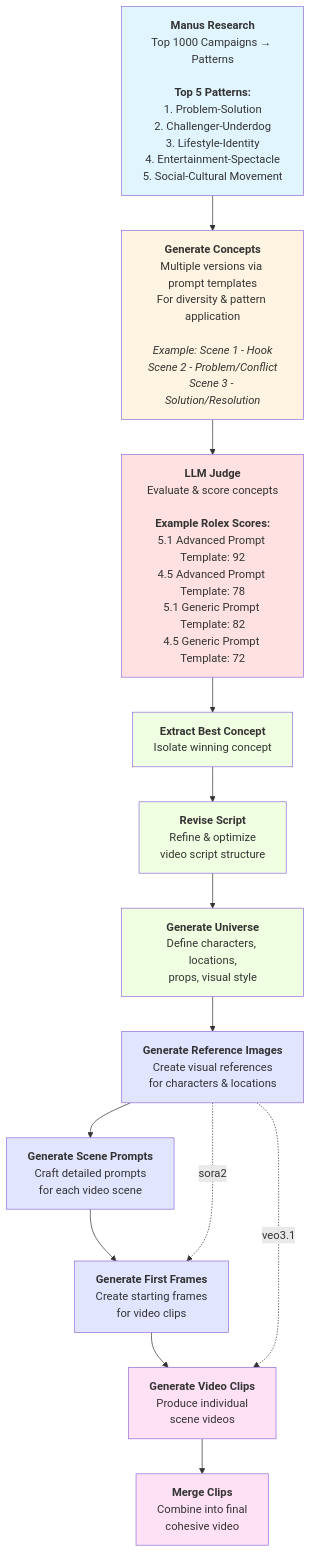
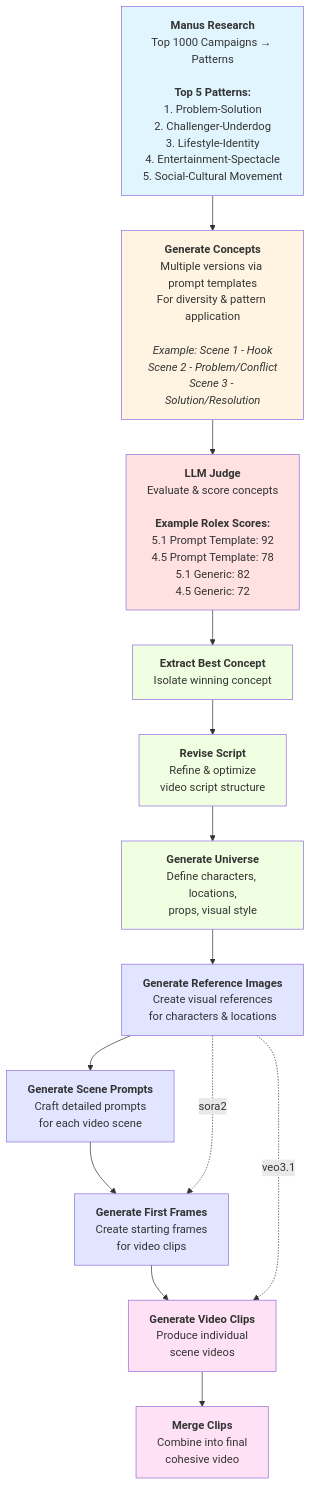
The diagram in PIPELINE_ARCHITECTURE.md (karinje/video-pipeline-python), drawn with Mermaid before and after one commit.

Commit message:
Simplify score labels to Prompt Template and Generic

````diff
--- a/PIPELINE_ARCHITECTURE.md
+++ b/PIPELINE_ARCHITECTURE.md
@@ -7,41 +7,41 @@
 ```mermaid
 flowchart TD
     A["<b>Manus Research</b><br/>Top 1000 Campaigns → Patterns<br/><br/><b>Top 5 Patterns:</b><br/>1. Problem-Solution<br/>2. Challenger-Underdog<br/>3. Lifestyle-Identity<br/>4. Entertainment-Spectacle<br/>5. Social-Cultural Movement"] --> B
     
     B["<b>Generate Concepts</b><br/>Multiple versions via prompt templates<br/>For diversity & pattern application<br/><br/><i>Example: Scene 1 - Hook</i><br/><i>Scene 2 - Problem/Conflict</i><br/><i>Scene 3 - Solution/Resolution</i>"] --> C
     
-    C["<b>LLM Judge</b><br/>Evaluate & score concepts<br/><br/><b>Example Rolex Scores:</b><br/>5.1 Advanced Prompt Template: 92<br/>4.5 Advanced Prompt Template: 78<br/>5.1 Generic Prompt Template: 82<br/>4.5 Generic Prompt Template: 72"] --> D
+    C["<b>LLM Judge</b><br/>Evaluate & score concepts<br/><br/><b>Example Rolex Scores:</b><br/>5.1 Prompt Template: 92<br/>4.5 Prompt Template: 78<br/>5.1 Generic: 82<br/>4.5 Generic: 72"] --> D
     
     D["<b>Extract Best Concept</b><br/>Isolate winning concept"] --> E
     
     E["<b>Revise Script</b><br/>Refine & optimize<br/>video script structure"] --> F
     
     F["<b>Generate Universe</b><br/>Define characters, locations,<br/>props, visual style"] --> G
     
     G["<b>Generate Reference Images</b><br/>Create visual references<br/>for characters & locations"] --> H
     
     H["<b>Generate Scene Prompts</b><br/>Craft detailed prompts<br/>for each video scene"] --> I
     
     I["<b>Generate First Frames</b><br/>Create starting frames<br/>for video clips"] --> J
     
     J["<b>Generate Video Clips</b><br/>Produce individual<br/>scene videos"] --> K
     
     K["<b>Merge Clips</b><br/>Combine into final<br/>cohesive video"]
     
     G -.->|sora2| I
     G -.->|veo3.1| J
     
     click B "https://github.com/karinje/video-pipeline-python/blob/main/s1_generate_concepts/inputs/prompt_templates/advanced_structured.md" "View Advanced Prompt Template"
     
     style A fill:#e1f5ff
     style B fill:#fff4e1
     style C fill:#ffe1e1
     style D fill:#f0ffe1
     style E fill:#f0ffe1
     style F fill:#f0ffe1
     style G fill:#e1e5ff
     style H fill:#e1e5ff
     style I fill:#e1e5ff
     style J fill:#ffe1f5
     style K fill:#ffe1f5
 ```
````
